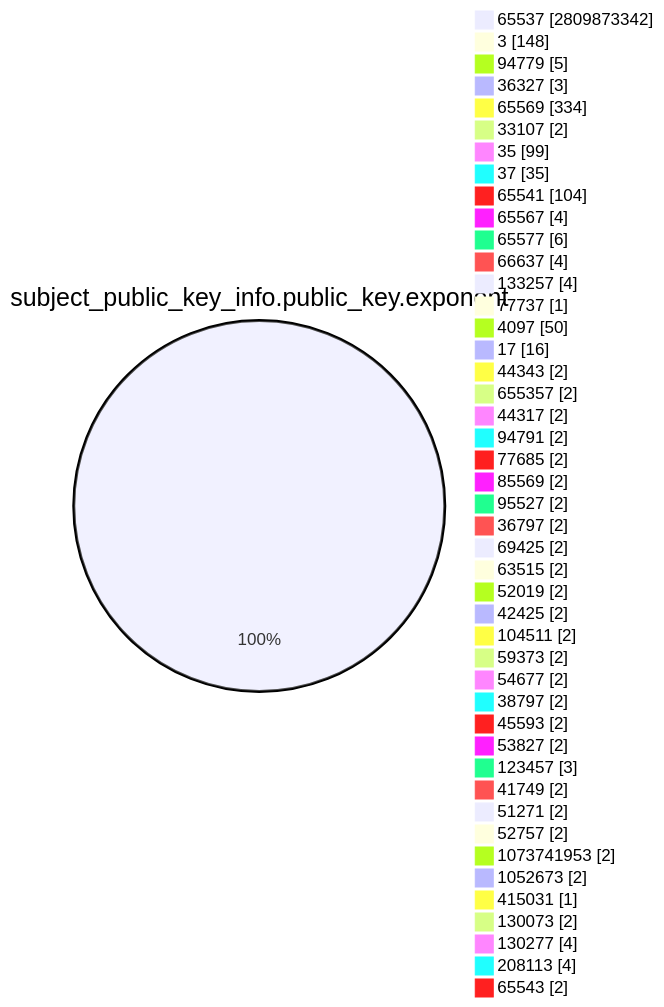
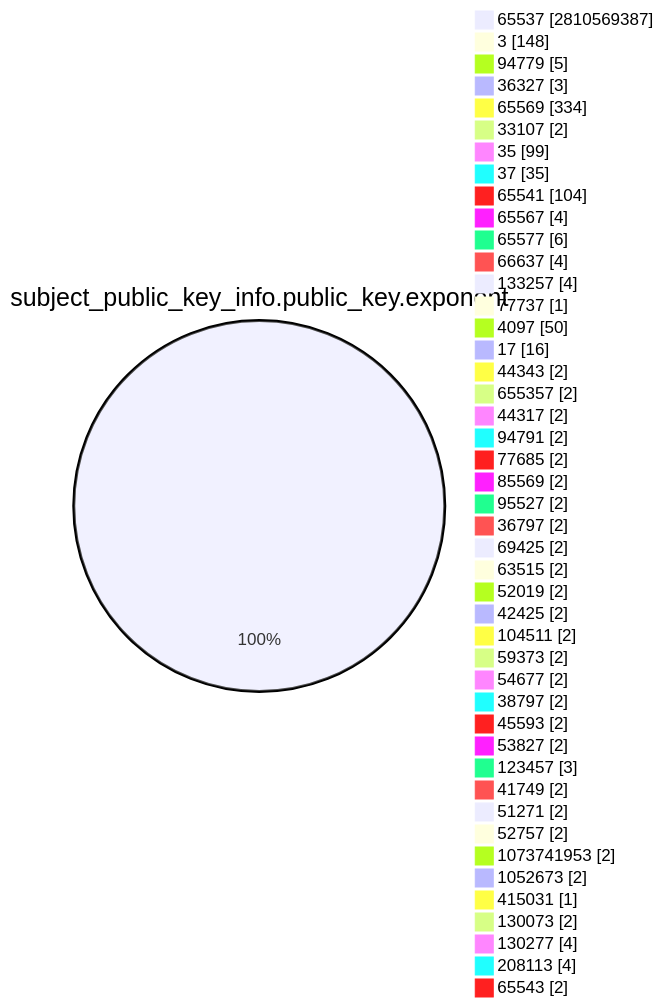
Before and after one commit to christiankrug/ctmonitor_visualization: the fourth of 15 diagrams in TOTAL/README.md, drawn with Mermaid. The commit also changed other lines of this file, not shown here.

````diff
--- a/TOTAL/README.md
+++ b/TOTAL/README.md
@@ -1467,49 +1467,49 @@
 ```mermaid
 pie showData
 title subject_public_key_info.public_key.exponent
-"65537" :2809873342
+"65537" :2810569387
 "3" :148
 "94779" :5
 "36327" :3
 "65569" :334
 "33107" :2
 "35" :99
 "37" :35
 "65541" :104
 "65567" :4
 "65577" :6
 "66637" :4
 "133257" :4
 "77737" :1
 "4097" :50
 "17" :16
 "44343" :2
 "655357" :2
 "44317" :2
 "94791" :2
 "77685" :2
 "85569" :2
 "95527" :2
 "36797" :2
 "69425" :2
 "63515" :2
 "52019" :2
 "42425" :2
 "104511" :2
 "59373" :2
 "54677" :2
 "38797" :2
 "45593" :2
 "53827" :2
 "123457" :3
 "41749" :2
 "51271" :2
 "52757" :2
 "1073741953" :2
 "1052673" :2
 "415031" :1
 "130073" :2
 "130277" :4
 "208113" :4
 "65543" :2
 ```
````
